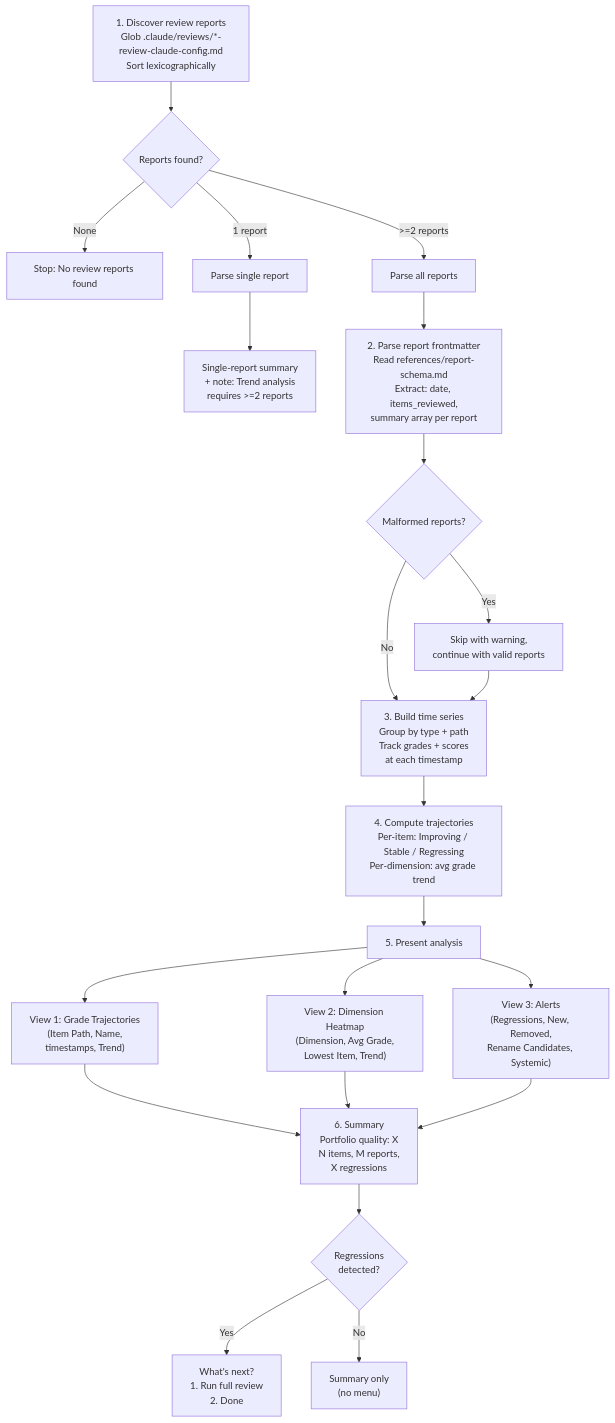
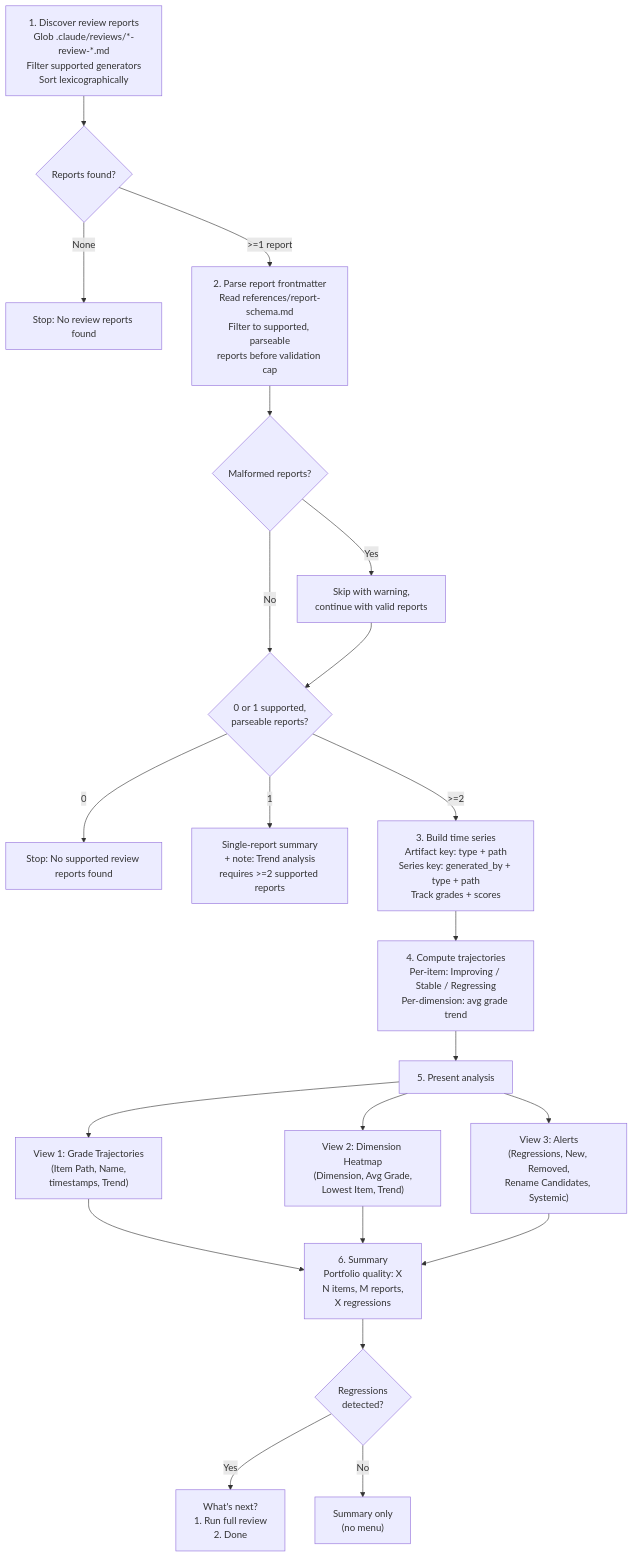
One commit to Nosmoht/review-claude-config changed the diagram in docs/skills/review-analytics.md. Above: the diagram before and after it, drawn with Mermaid. The commit also changed other lines of this file and 54 other files, not shown here.

Commit message:
refactor(review-config): harden contracts validation and evidence docs

````diff
--- a/docs/skills/review-analytics.md
+++ b/docs/skills/review-analytics.md
@@ -29,30 +29,30 @@
 ```mermaid
 flowchart TD
-    A["1. Discover review reports<br/>Glob .claude/reviews/*-review-claude-config.md<br/>Sort lexicographically"] --> B{Reports found?}
+    A["1. Discover review reports<br/>Glob .claude/reviews/*-review-*.md<br/>Filter supported generators<br/>Sort lexicographically"] --> B{Reports found?}
     B -- None --> Stop["Stop: No review reports found"]
-    B -- "1 report" --> SingleParse["Parse single report"]
-    B -- ">=2 reports" --> MultiParse["Parse all reports"]
-
-    SingleParse --> SingleSummary["Single-report summary<br/>+ note: Trend analysis<br/>requires >=2 reports"]
-
-    MultiParse --> C["2. Parse report frontmatter<br/>Read references/report-schema.md<br/>Extract: date, items_reviewed,<br/>summary array per report"]
+    B -- ">=1 report" --> C["2. Parse report frontmatter<br/>Read references/report-schema.md<br/>Filter to supported, parseable<br/>reports before validation cap"]
     C --> D{Malformed reports?}
     D -- Yes --> Warn["Skip with warning,<br/>continue with valid reports"]
-    D -- No --> E
-    Warn --> E
+    D -- No --> E1
+    Warn --> E1
 
-    E["3. Build time series<br/>Group by type + path<br/>Track grades + scores<br/>at each timestamp"] --> F["4. Compute trajectories<br/>Per-item: Improving / Stable / Regressing<br/>Per-dimension: avg grade trend"]
+    E1{"0 or 1 supported,<br/>parseable reports?"}
+    E1 -- "0" --> Stop2["Stop: No supported review reports found"]
+    E1 -- "1" --> SingleSummary["Single-report summary<br/>+ note: Trend analysis<br/>requires >=2 supported reports"]
+    E1 -- ">=2" --> E
+
+    E["3. Build time series<br/>Artifact key: type + path<br/>Series key: generated_by + type + path<br/>Track grades + scores"] --> F["4. Compute trajectories<br/>Per-item: Improving / Stable / Regressing<br/>Per-dimension: avg grade trend"]
 
     F --> G["5. Present analysis"]
     G --> V1["View 1: Grade Trajectories<br/>(Item Path, Name,<br/>timestamps, Trend)"]
     G --> V2["View 2: Dimension Heatmap<br/>(Dimension, Avg Grade,<br/>Lowest Item, Trend)"]
     G --> V3["View 3: Alerts<br/>(Regressions, New, Removed,<br/>Rename Candidates, Systemic)"]
 
     V1 --> H["6. Summary<br/>Portfolio quality: X<br/>N items, M reports,<br/>X regressions"]
     V2 --> H
     V3 --> H
 
     H --> MenuCheck{Regressions<br/>detected?}
     MenuCheck -- Yes --> Menu["What's next?<br/>1. Run full review<br/>2. Done"]
     MenuCheck -- No --> Done["Summary only<br/>(no menu)"]
 ```
````
